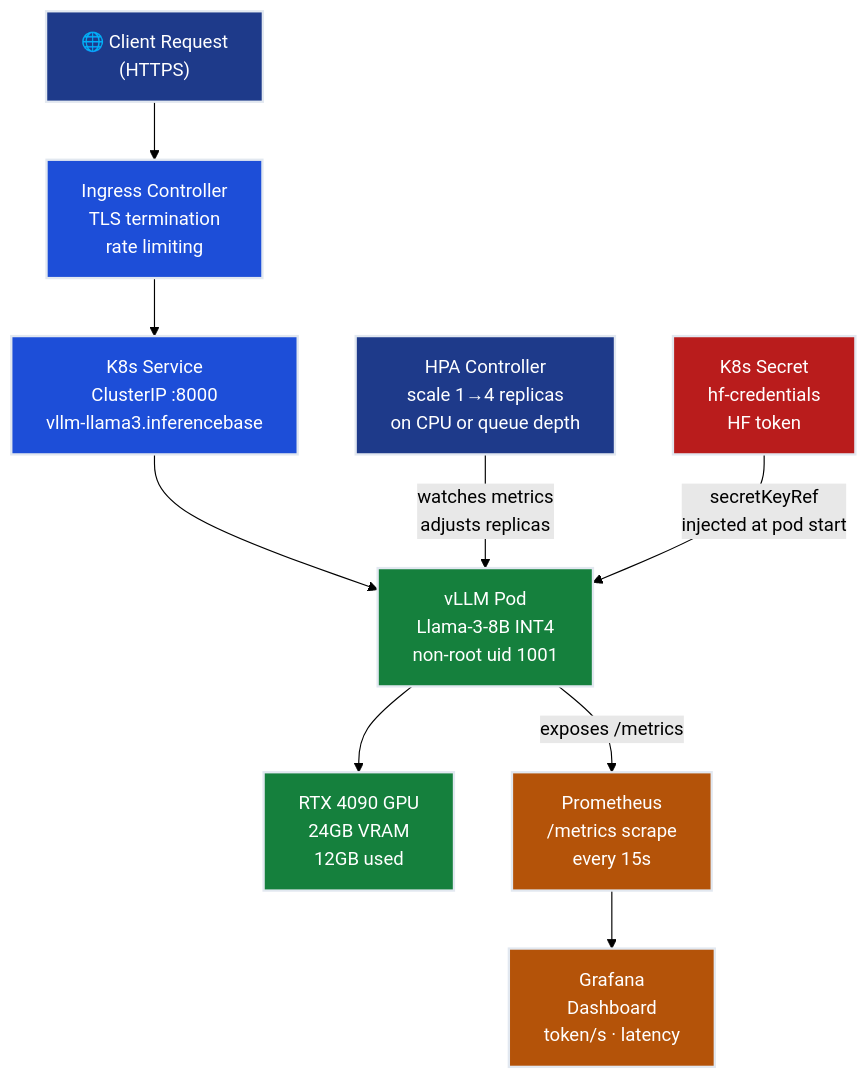
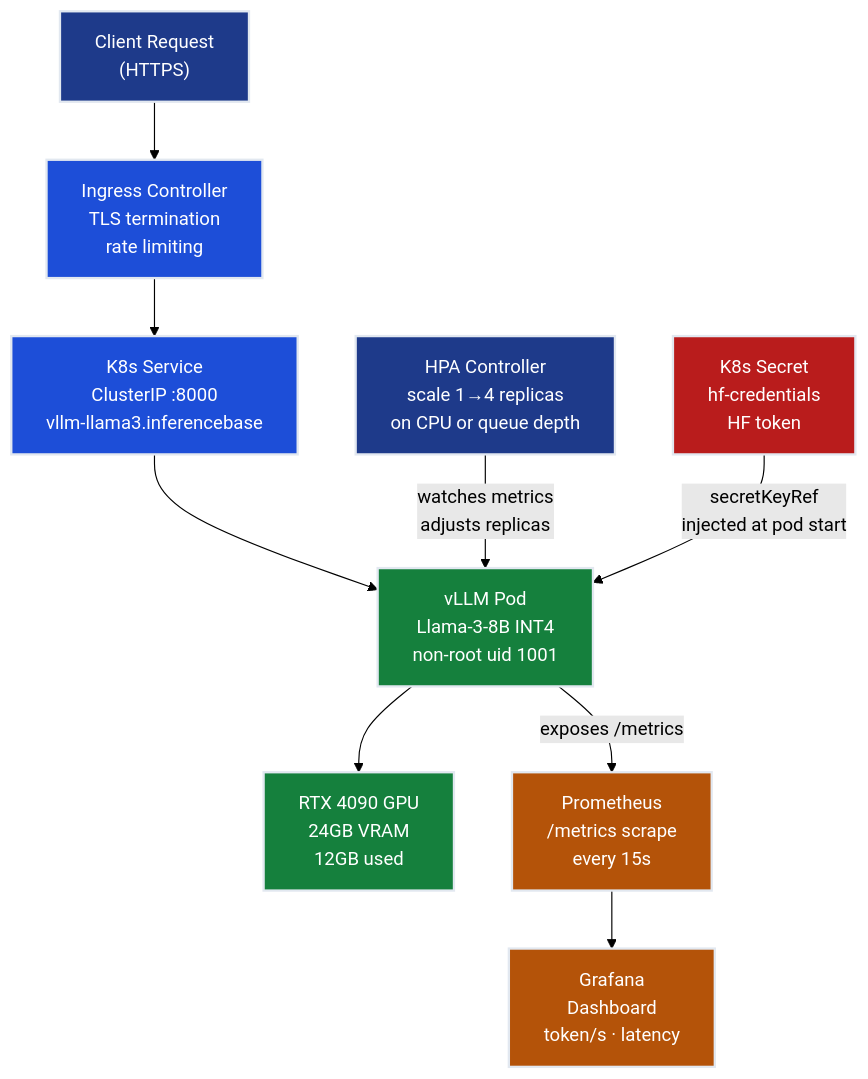
One commit to dsgouda7/ai-portfolio changed the diagram in notes/07-ai-infrastructure/ch11-end-to-end-deployment/README.md. Above: the diagram before and after it, drawn with Mermaid (forest theme). The commit also changed other lines of this file and 391 other files, not shown here.

````diff
--- a/notes/07-ai-infrastructure/ch11-end-to-end-deployment/README.md
+++ b/notes/07-ai-infrastructure/ch11-end-to-end-deployment/README.md
@@ -80,31 +80,31 @@
 ```mermaid
 flowchart TD
- A["🌐 Client Request\n(HTTPS)"]
+ A[" Client Request\n(HTTPS)"]
  B["Ingress Controller\nTLS termination\nrate limiting"]
  C["K8s Service\nClusterIP :8000\nvllm-llama3.inferencebase"]
  D["vLLM Pod\nLlama-3-8B INT4\nnon-root uid 1001"]
  E["RTX 4090 GPU\n24GB VRAM\n12GB used"]
  F["Prometheus\n/metrics scrape\nevery 15s"]
  G["Grafana\nDashboard\ntoken/s · latency"]
  H["HPA Controller\nscale 1→4 replicas\non CPU or queue depth"]
  I["K8s Secret\nhf-credentials\nHF token"]
 
  A --> B
  B --> C
  C --> D
  D --> E
  D -- "exposes /metrics" --> F
  F --> G
  H -- "watches metrics\nadjusts replicas" --> D
  I -- "secretKeyRef\ninjected at pod start" --> D
 
  style A fill:#1e3a8a,stroke:#e2e8f0,stroke-width:2px,color:#ffffff
  style B fill:#1d4ed8,stroke:#e2e8f0,stroke-width:2px,color:#ffffff
  style C fill:#1d4ed8,stroke:#e2e8f0,stroke-width:2px,color:#ffffff
  style D fill:#15803d,stroke:#e2e8f0,stroke-width:2px,color:#ffffff
  style E fill:#15803d,stroke:#e2e8f0,stroke-width:2px,color:#ffffff
  style F fill:#b45309,stroke:#e2e8f0,stroke-width:2px,color:#ffffff
  style G fill:#b45309,stroke:#e2e8f0,stroke-width:2px,color:#ffffff
  style H fill:#1e3a8a,stroke:#e2e8f0,stroke-width:2px,color:#ffffff
  style I fill:#b91c1c,stroke:#e2e8f0,stroke-width:2px,color:#ffffff
 ```
````
